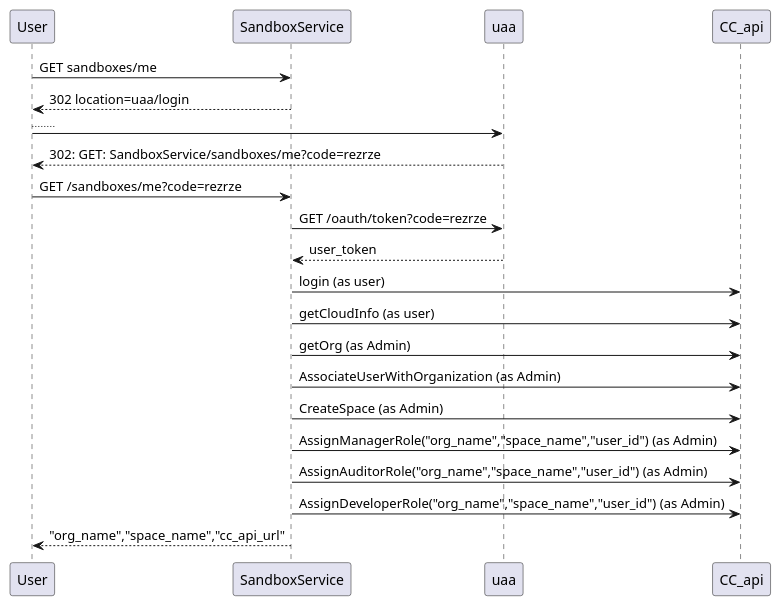
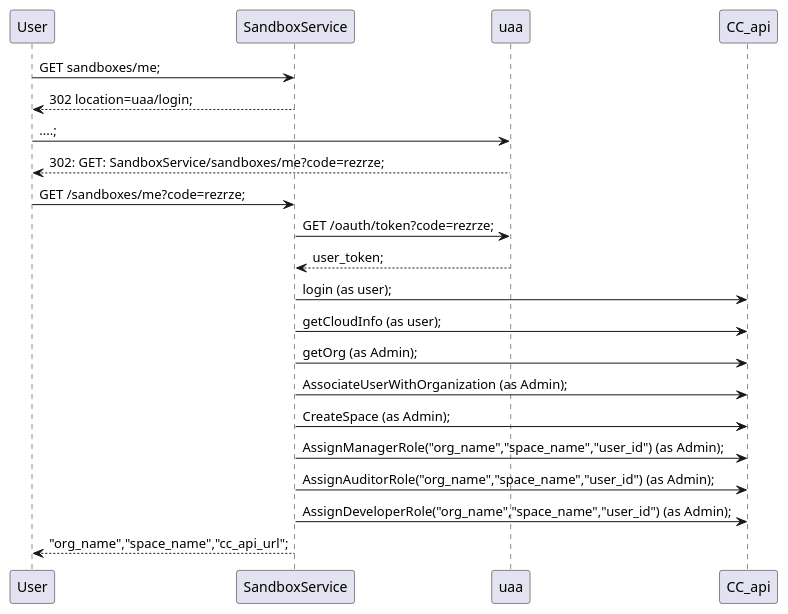
Before and after one commit to Orange-OpenSource/elpaaso-sandbox-service: the diagram in README.md, drawn with PlantUML. The commit also changed other lines of this file, not shown here.

Commit message:
Update README.md
[ci skip] fix gravizo rendering (add ;)

```diff
--- a/README.md
+++ b/README.md
@@ -40,18 +40,18 @@
 @startuml
-User -> SandboxService: GET sandboxes/me
-User <-- SandboxService: 302 location=uaa/login
-User -> uaa: ....
-User <-- uaa: 302: GET: SandboxService/sandboxes/me?code=rezrze
-User -> SandboxService : GET /sandboxes/me?code=rezrze
-SandboxService -> uaa : GET /oauth/token?code=rezrze
-SandboxService <-- uaa : user_token
-SandboxService -> CC_api: login (as user)
-SandboxService -> CC_api: getCloudInfo (as user)
-SandboxService -> CC_api: getOrg (as Admin)
-SandboxService -> CC_api: AssociateUserWithOrganization (as Admin)
-SandboxService -> CC_api: CreateSpace (as Admin)
-SandboxService -> CC_api: AssignManagerRole("org_name","space_name","user_id") (as Admin)
-SandboxService -> CC_api: AssignAuditorRole("org_name","space_name","user_id") (as Admin)
-SandboxService -> CC_api: AssignDeveloperRole("org_name","space_name","user_id") (as Admin)
-User <-- SandboxService: "org_name","space_name","cc_api_url"
-@enduml
+User -> SandboxService: GET sandboxes/me;
+User <-- SandboxService: 302 location=uaa/login;
+User -> uaa: ....;
+User <-- uaa: 302: GET: SandboxService/sandboxes/me?code=rezrze;
+User -> SandboxService : GET /sandboxes/me?code=rezrze;
+SandboxService -> uaa : GET /oauth/token?code=rezrze;
+SandboxService <-- uaa : user_token;
+SandboxService -> CC_api: login (as user);
+SandboxService -> CC_api: getCloudInfo (as user);
+SandboxService -> CC_api: getOrg (as Admin);
+SandboxService -> CC_api: AssociateUserWithOrganization (as Admin);
+SandboxService -> CC_api: CreateSpace (as Admin);
+SandboxService -> CC_api: AssignManagerRole("org_name","space_name","user_id") (as Admin);
+SandboxService -> CC_api: AssignAuditorRole("org_name","space_name","user_id") (as Admin);
+SandboxService -> CC_api: AssignDeveloperRole("org_name","space_name","user_id") (as Admin);
+User <-- SandboxService: "org_name","space_name","cc_api_url";
+@enduml)
```
